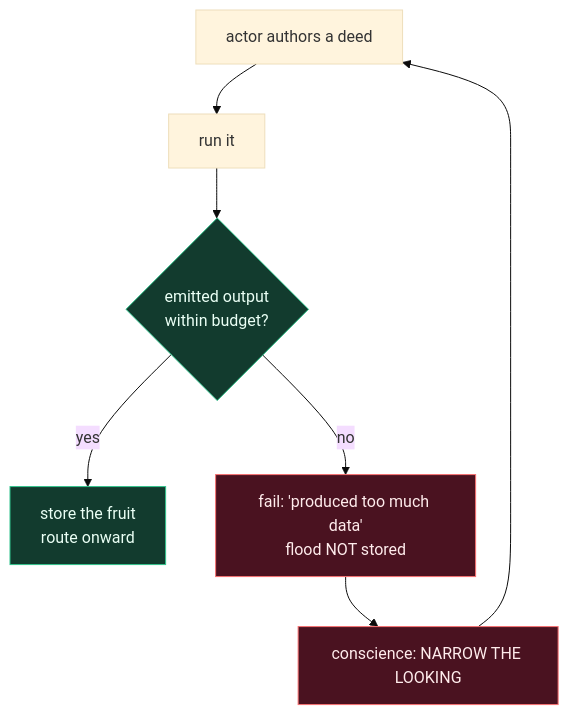
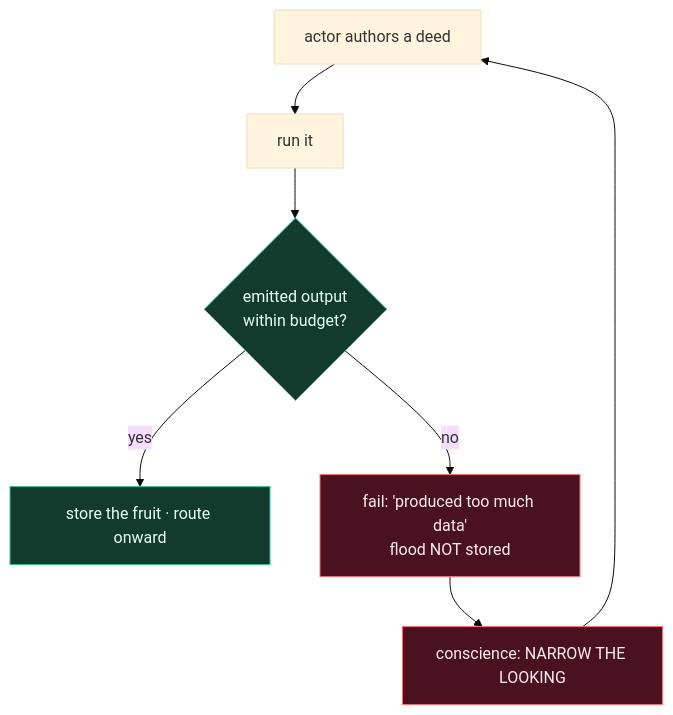
Before and after one commit to wgabrys88/endgame-ai: the ninth of 11 diagrams in README.md, drawn with Mermaid (base theme). The commit also changed other lines of this file, not shown here.

````diff
--- a/README.md
+++ b/README.md
@@ -215,14 +325,14 @@
 ```mermaid
 flowchart TD
     D[actor authors a deed] --> R[run it]
     R --> Q{emitted output<br/>within budget?}
-    Q -- yes --> S[store the fruit<br/>route onward]
+    Q -- yes --> S[store the fruit · route onward]
     Q -- no --> F["fail: 'produced too much data'<br/>flood NOT stored"]
     F --> C[conscience: NARROW THE LOOKING]
     C --> D
 
     classDef ok fill:#123b2e,stroke:#31c48d,color:#eafff5;
     classDef bad fill:#4a1220,stroke:#f87171,color:#ffecec;
     class S,Q ok;
     class F,C bad;
 ```
````
